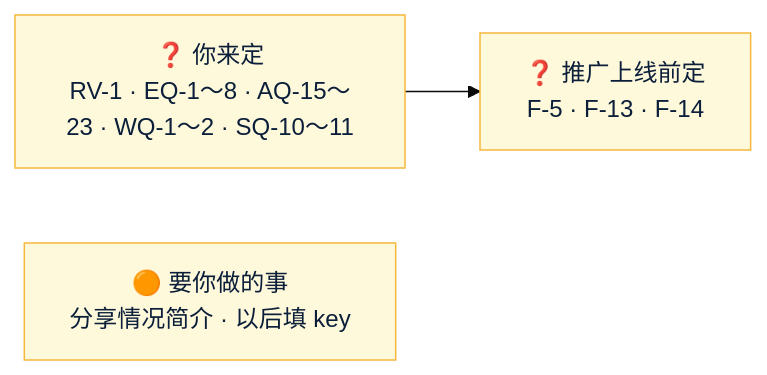
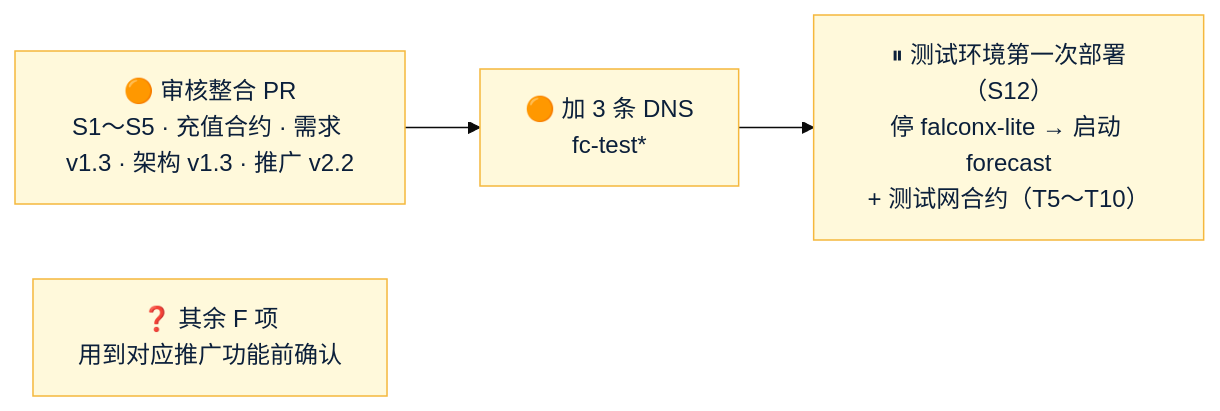
The diagram in Amos待办.md (dollar3651314/forecast), drawn with Mermaid (base theme) before and after one commit. The commit also changed other lines of this file and 17 other files, not shown here.

````diff
--- a/Amos待办.md
+++ b/Amos待办.md
@@ -10,7 +10,8 @@
 ```mermaid
 flowchart LR
-    A["❓ 你来定<br/>RV-1 · EQ-1～8 · AQ-15～23 · WQ-1～2 · SQ-10～11"] --> B["❓ 推广上线前定<br/>F-5 · F-13 · F-14"]
-    T["🟠 要你做的事<br/>分享情况简介 · 以后填 key"]
+    P["🟠 审核整合 PR<br/>S1～S5 · 充值合约 · 需求 v1.3 · 架构 v1.3 · 推广 v2.2"] --> D["🟠 加 3 条 DNS<br/>fc-test*"]
+    D --> S12["⏸ 测试环境第一次部署（S12）<br/>停 falconx-lite → 启动 forecast<br/>+ 测试网合约（T5～T10）"]
+    F["❓ 其余 F 项<br/>用到对应推广功能前确认"]
     classDef amos fill:#FFF9DB,stroke:#F5B83D,color:#0B1F3A
-    class A,B,T amos
+    class P,D,S12,F amos
 ```
````
